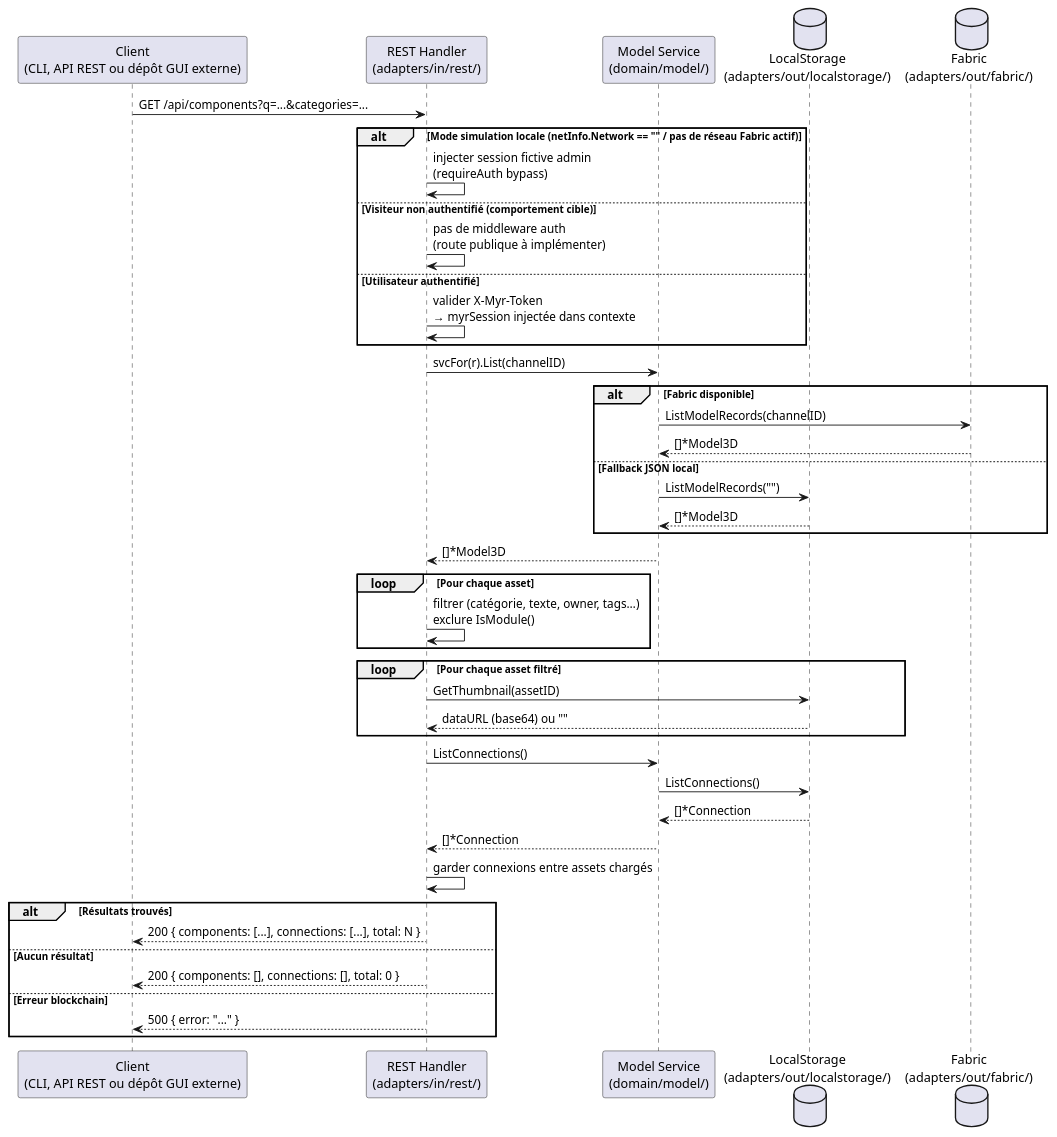
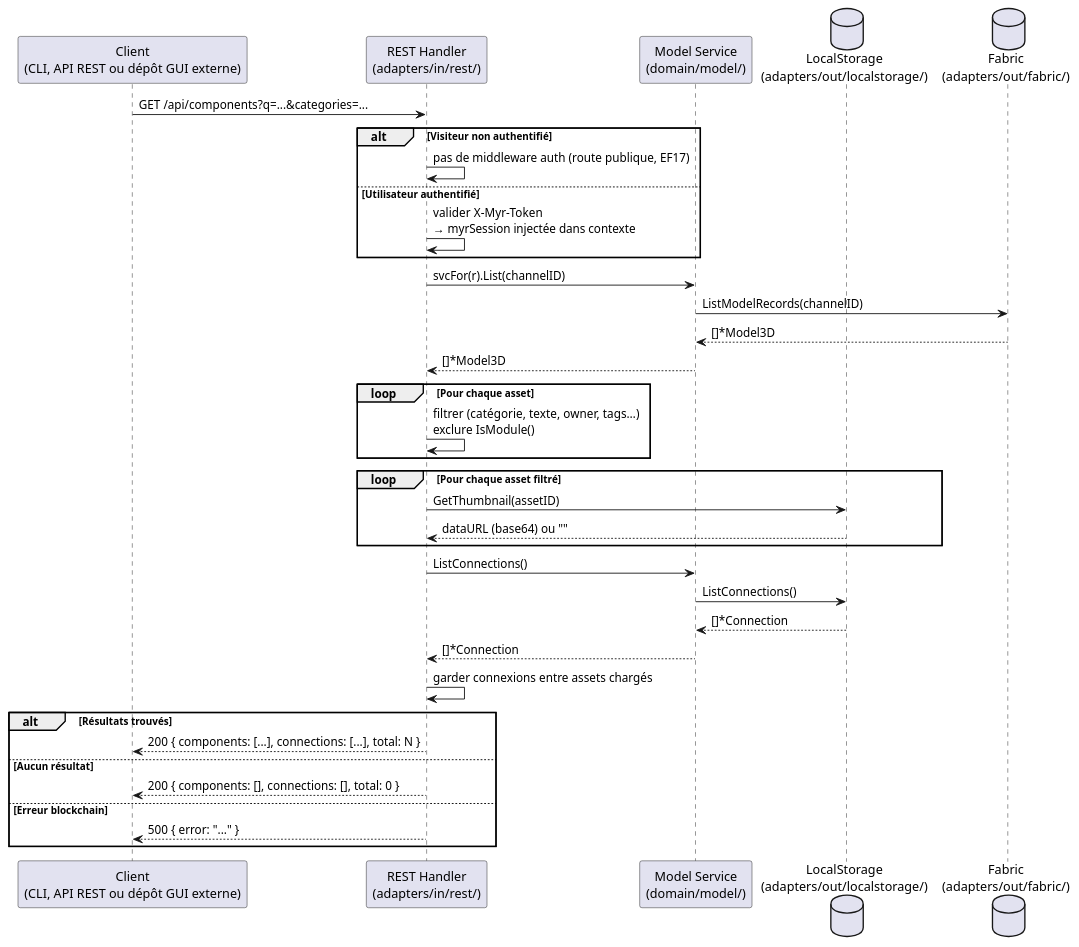
The second of 2 diagrams in specs/2-Analyse/UCCL-Composant_Lecture/UCCL01.md (olivaux/myr), drawn with PlantUML before and after one commit. The commit also changed other lines of this file and 5 other files, not shown here.

First line of the commit message:
Remove references to the local JSON simulation mode from specs

````diff
--- a/specs/2-Analyse/UCCL-Composant_Lecture/UCCL01.md
+++ b/specs/2-Analyse/UCCL-Composant_Lecture/UCCL01.md
@@ -100,56 +97,47 @@
 ```plantuml
 @startuml
 participant "Client\n(CLI, API REST ou dépôt GUI externe)" as Browser
 participant "REST Handler\n(adapters/in/rest/)" as REST
 participant "Model Service\n(domain/model/)" as Service
 database "LocalStorage\n(adapters/out/localstorage/)" as Local
 database "Fabric\n(adapters/out/fabric/)" as Fabric
 
 Browser -> REST : GET /api/components?q=...&categories=...
 
-alt Mode simulation locale (netInfo.Network == "" / pas de réseau Fabric actif)
-    REST -> REST : injecter session fictive admin\n(requireAuth bypass)
-else Visiteur non authentifié (comportement cible)
-    REST -> REST : pas de middleware auth\n(route publique à implémenter)
+alt Visiteur non authentifié
+    REST -> REST : pas de middleware auth (route publique, EF17)
 else Utilisateur authentifié
     REST -> REST : valider X-Myr-Token\n→ myrSession injectée dans contexte
 end
 
 REST -> Service : svcFor(r).List(channelID)
-
-alt Fabric disponible
-    Service -> Fabric : ListModelRecords(channelID)
-    Fabric --> Service : []*Model3D
-else Fallback JSON local
-    Service -> Local : ListModelRecords("")
-    Local --> Service : []*Model3D
-end
-
+Service -> Fabric : ListModelRecords(channelID)
+Fabric --> Service : []*Model3D
 Service --> REST : []*Model3D
 
 loop Pour chaque asset
     REST -> REST : filtrer (catégorie, texte, owner, tags…)\nexclure IsModule()
 end
 
 loop Pour chaque asset filtré
     REST -> Local : GetThumbnail(assetID)
     Local --> REST : dataURL (base64) ou ""
 end
 
 REST -> Service : ListConnections()
 Service -> Local : ListConnections()
 Local --> Service : []*Connection
 Service --> REST : []*Connection
 
 REST -> REST : garder connexions entre assets chargés
 
 alt Résultats trouvés
     REST --> Browser : 200 { components: [...], connections: [...], total: N }
 else Aucun résultat
     REST --> Browser : 200 { components: [], connections: [], total: 0 }
 else Erreur blockchain
     REST --> Browser : 500 { error: "..." }
 end
 
 @enduml
 ```
````
